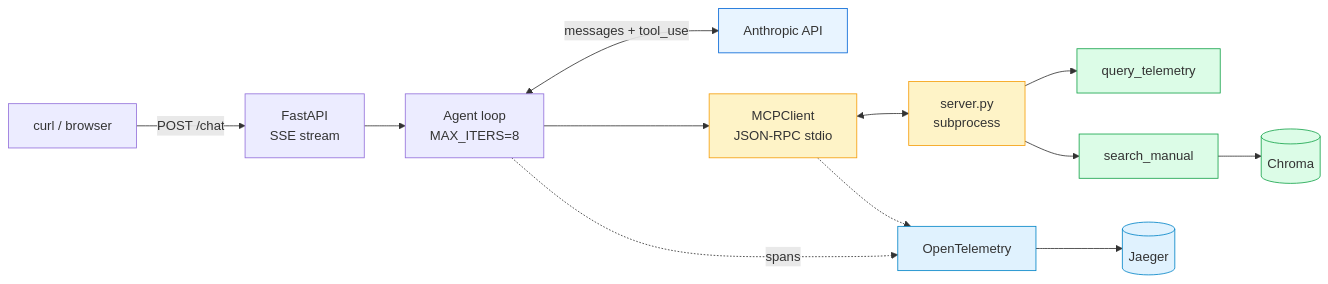
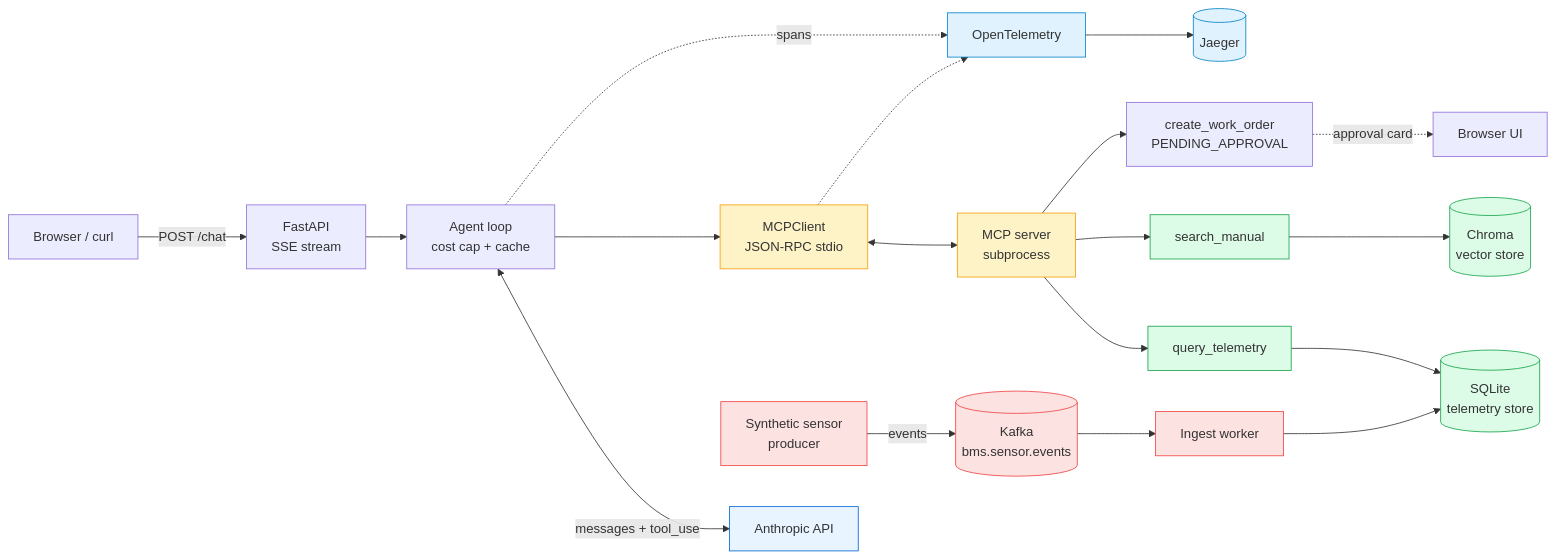
Before and after one commit to XKushal/applied-ai-lab: the diagram in src/04-capstone/README.md, drawn with Mermaid. The commit also changed other lines of this file and 9 other files, not shown here.

Commit message:
Phase 4c: Kafka + synthetic producer + ingest worker → SQLite telemetry store; query_telemetry reads from store w/ mock fallback; docker-compose w/ Kafka + producer + ingest + shared volume; top-level README polished. Closes Phase 4.

````diff
--- a/src/04-capstone/README.md
+++ b/src/04-capstone/README.md
@@ -13,24 +15,33 @@
 ```mermaid
 flowchart LR
-    User[curl / browser] -->|POST /chat| API[FastAPI<br/>SSE stream]
-    API --> Agent[Agent loop<br/>MAX_ITERS=8]
+    User[Browser / curl] -->|POST /chat| API[FastAPI<br/>SSE stream]
+    API --> Agent[Agent loop<br/>cost cap + cache]
     Agent <-->|messages + tool_use| Claude[Anthropic API]
     Agent --> MCPClient[MCPClient<br/>JSON-RPC stdio]
-    MCPClient <--> Server[server.py<br/>subprocess]
+    MCPClient <--> Server[MCP server<br/>subprocess]
     Server --> Telemetry[query_telemetry]
     Server --> SearchManual[search_manual]
-    SearchManual --> Chroma[(Chroma)]
+    Server --> WorkOrder[create_work_order<br/>PENDING_APPROVAL]
+
+    Producer[Synthetic sensor<br/>producer] -->|events| Kafka[(Kafka<br/>bms.sensor.events)]
+    Kafka --> Ingest[Ingest worker]
+    Ingest --> Store[(SQLite<br/>telemetry store)]
+    Telemetry --> Store
+    SearchManual --> Chroma[(Chroma<br/>vector store)]
+    WorkOrder -.->|approval card| UI[Browser UI]
 
     Agent -.->|spans| OTel[OpenTelemetry]
     MCPClient -.-> OTel
     OTel --> Jaeger[(Jaeger)]
 
     classDef ai fill:#e8f4ff,stroke:#0366d6
     classDef mcp fill:#fef3c7,stroke:#f59e0b
     classDef obs fill:#e0f2fe,stroke:#0284c7
     classDef data fill:#dcfce7,stroke:#16a34a
+    classDef stream fill:#fde2e2,stroke:#ef4444
     class Claude ai
     class MCPClient,Server mcp
     class OTel,Jaeger obs
-    class Chroma,Telemetry,SearchManual data
+    class Chroma,Telemetry,SearchManual,Store data
+    class Producer,Kafka,Ingest stream
 ```
````
